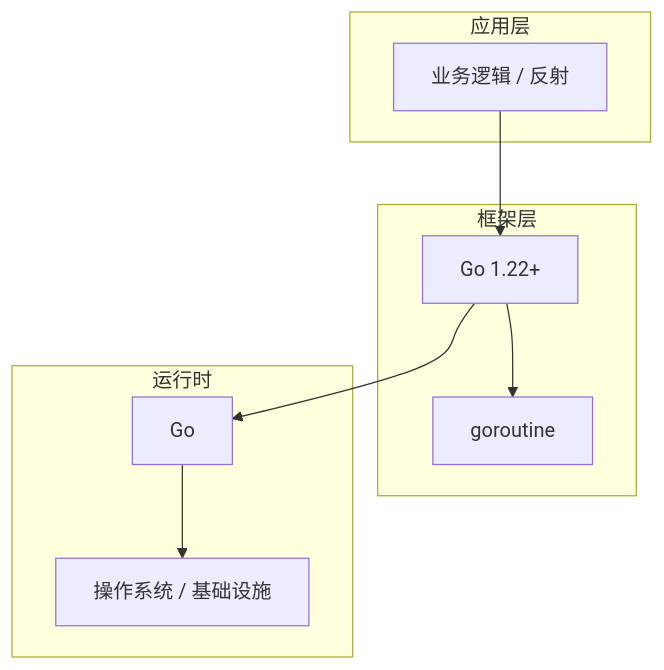
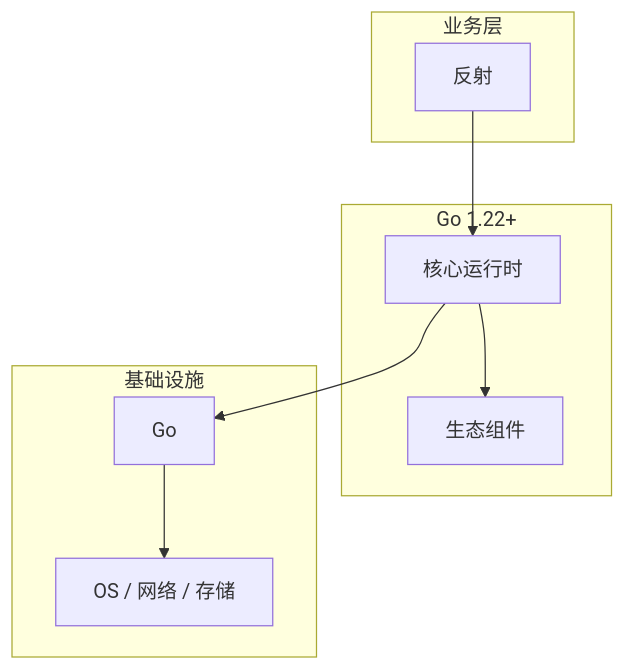
One commit to yanggan2015/knowledge-json-v2 changed the diagram in articles/Go语言/chapters/093-反射核心概念与原理.md. Above: the diagram before and after it, drawn with Mermaid. The commit also changed other lines of this file and 10127 other files, not shown here.

````diff
--- a/articles/Go语言/chapters/093-反射核心概念与原理.md
+++ b/articles/Go语言/chapters/093-反射核心概念与原理.md
@@ -45,18 +34,18 @@
 ```mermaid
 graph TB
-    subgraph 应用层
-        A[业务逻辑 / 反射]
+    subgraph 业务层
+        A[反射]
     end
-    subgraph 框架层
-        B[Go 1.22+]
-        C[goroutine]
+    subgraph Go 1.22+
+        B[核心运行时]
+        C[生态组件]
     end
-    subgraph 运行时
+    subgraph 基础设施
         D[Go]
-        E[操作系统 / 基础设施]
+        E[OS / 网络 / 存储]
     end
     A --> B
     B --> C
     B --> D
     D --> E
 ```
````
